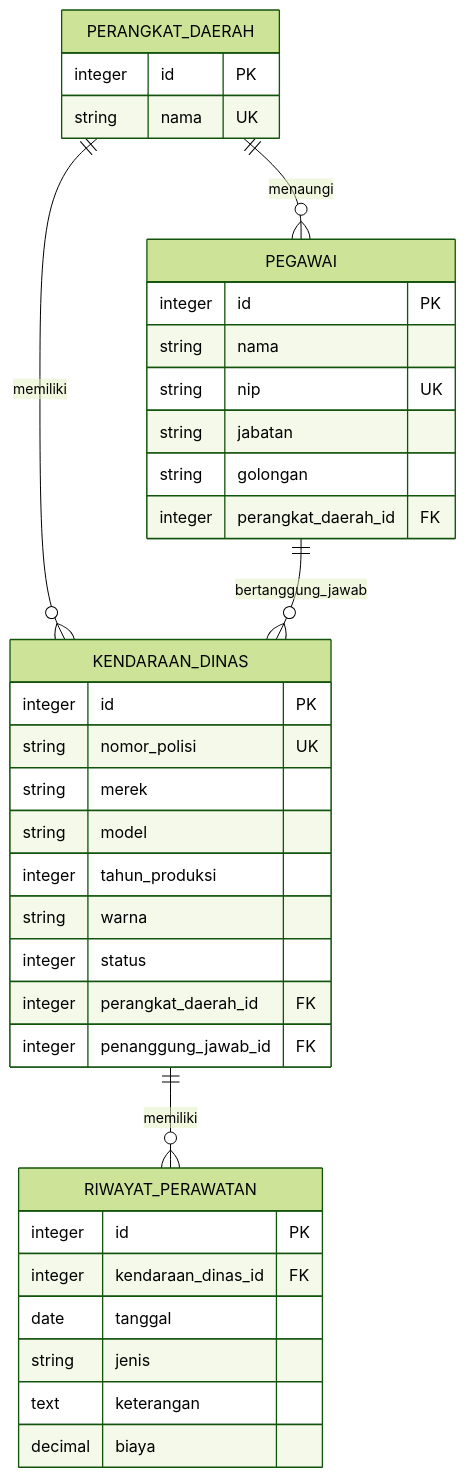
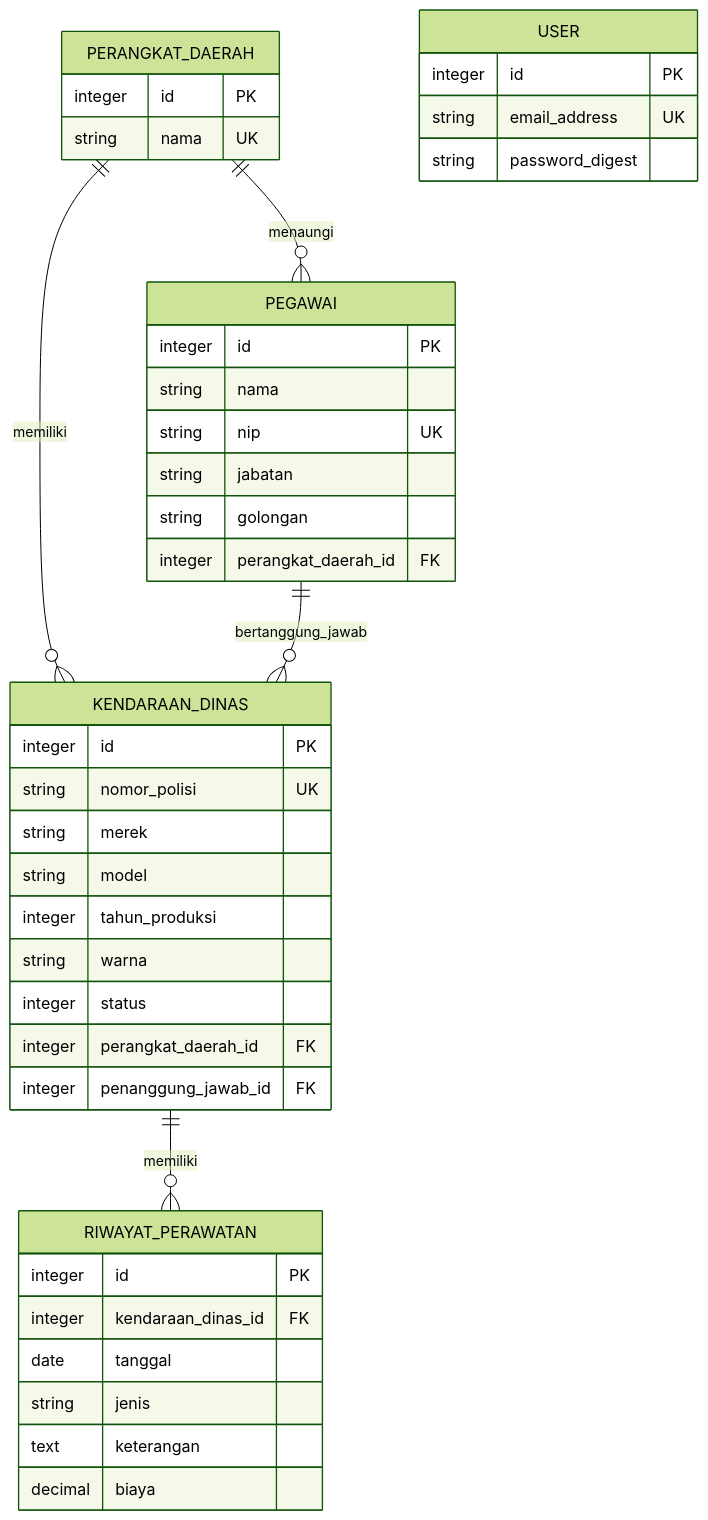
One commit to agamstawn/kdo changed the diagram in docs/ERD.md. Above: the diagram before and after it, drawn with Mermaid (forest theme). The commit also changed other lines of this file and 19 other files, not shown here.

````diff
--- a/docs/ERD.md
+++ b/docs/ERD.md
@@ -3,39 +5,44 @@
 ```mermaid
 erDiagram
   PERANGKAT_DAERAH ||--o{ PEGAWAI : menaungi
   PERANGKAT_DAERAH ||--o{ KENDARAAN_DINAS : memiliki
   PEGAWAI ||--o{ KENDARAAN_DINAS : bertanggung_jawab
   KENDARAAN_DINAS ||--o{ RIWAYAT_PERAWATAN : memiliki
 
+  USER {
+    integer id PK
+    string email_address UK
+    string password_digest
+  }
   PERANGKAT_DAERAH {
     integer id PK
     string nama UK
   }
   PEGAWAI {
     integer id PK
     string nama
     string nip UK
     string jabatan
     string golongan
     integer perangkat_daerah_id FK
   }
   KENDARAAN_DINAS {
     integer id PK
     string nomor_polisi UK
     string merek
     string model
     integer tahun_produksi
     string warna
     integer status
     integer perangkat_daerah_id FK
     integer penanggung_jawab_id FK
   }
   RIWAYAT_PERAWATAN {
     integer id PK
     integer kendaraan_dinas_id FK
     date tanggal
     string jenis
     text keterangan
     decimal biaya
   }
 ```
````
